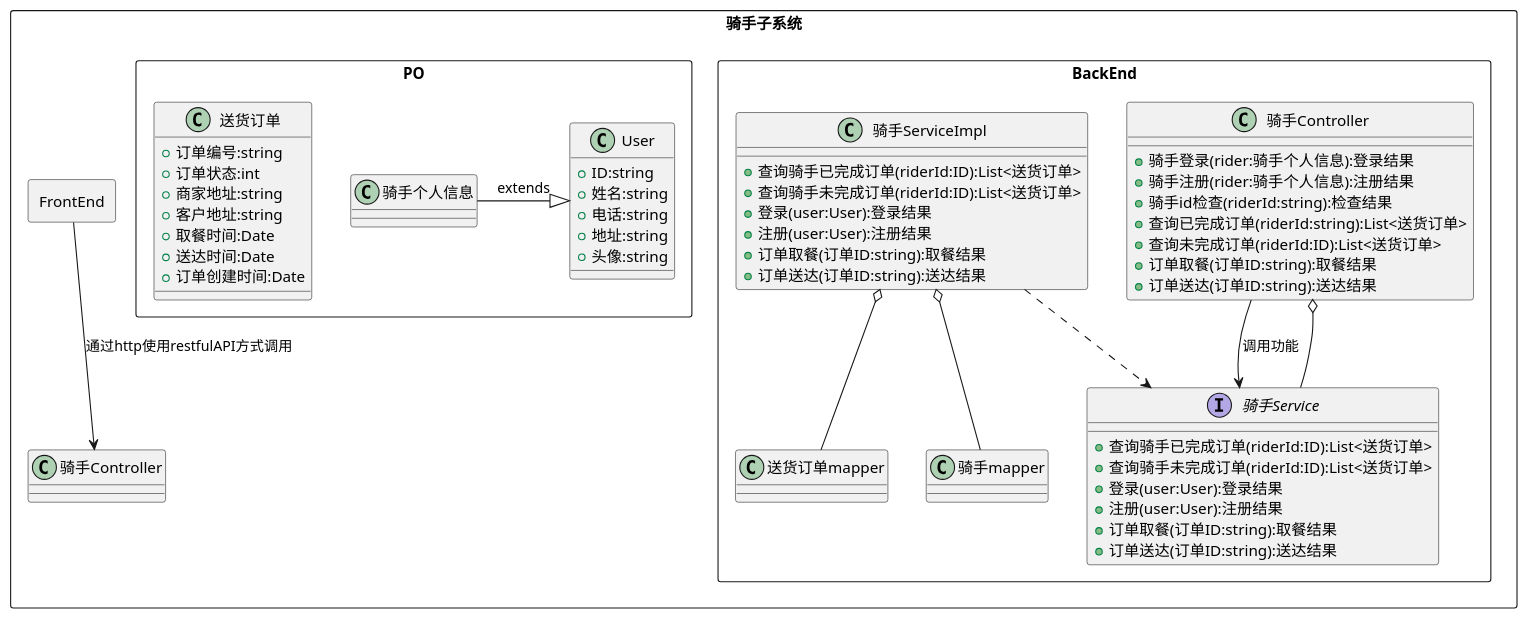
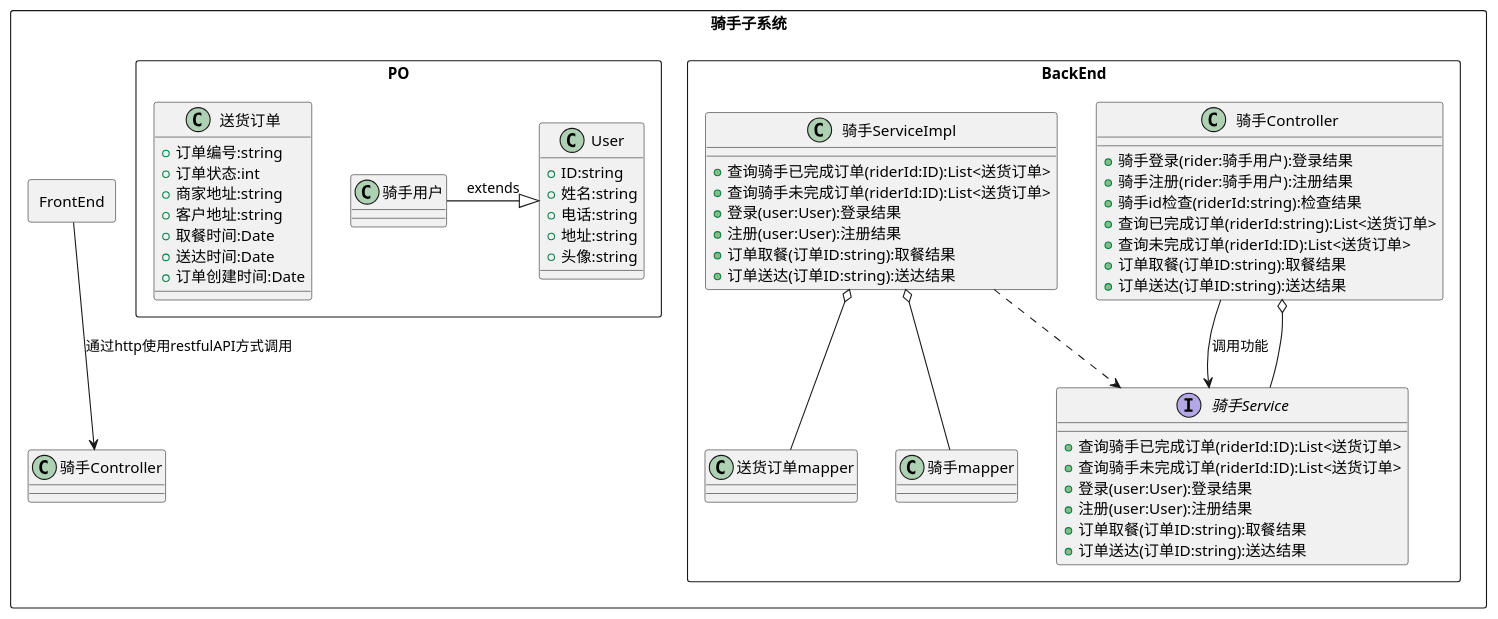
One commit to dawn1206/ruran2UML changed the diagram in src/骑手类图.puml. Above: the diagram before and after it, drawn with PlantUML. The commit also changed 11 other files, not shown here.

```diff
--- a/src/骑手类图.puml
+++ b/src/骑手类图.puml
@@ -1,76 +1,76 @@
 @startuml
 'https://plantuml.com/class-diagram
 
 
 
 
 
 rectangle 骑手子系统{
 rectangle FrontEnd{
 }
 FrontEnd -->骑手Controller:通过http使用restfulAPI方式调用
 
 rectangle BackEnd{
 class 骑手Controller{
-    + 骑手登录(rider:骑手个人信息):登录结果
-    + 骑手注册(rider:骑手个人信息):注册结果
+    + 骑手登录(rider:骑手用户):登录结果
+    + 骑手注册(rider:骑手用户):注册结果
     + 骑手id检查(riderId:string):检查结果
     + 查询已完成订单(riderId:string):List<送货订单>
     + 查询未完成订单(riderId:ID):List<送货订单>
     + 订单取餐(订单ID:string):取餐结果
     + 订单送达(订单ID:string):送达结果
     }
 骑手Controller o-- 骑手Service
 骑手Controller --> 骑手Service:调用功能
 
     class 骑手mapper{
     }
     class 送货订单mapper{
     }
 
 Interface 骑手Service{
     + 查询骑手已完成订单(riderId:ID):List<送货订单>
     + 查询骑手未完成订单(riderId:ID):List<送货订单>
     + 登录(user:User):登录结果
     + 注册(user:User):注册结果
     + 订单取餐(订单ID:string):取餐结果
     + 订单送达(订单ID:string):送达结果
 }
 class 骑手ServiceImpl{
     + 查询骑手已完成订单(riderId:ID):List<送货订单>
     + 查询骑手未完成订单(riderId:ID):List<送货订单>
     + 登录(user:User):登录结果
     + 注册(user:User):注册结果
     + 订单取餐(订单ID:string):取餐结果
     + 订单送达(订单ID:string):送达结果
 }
 骑手ServiceImpl o-- 骑手mapper
 骑手ServiceImpl o-- 送货订单mapper
 }
 骑手ServiceImpl ..>骑手Service
 rectangle PO{
     class 送货订单{
     + 订单编号:string
     + 订单状态:int
     + 商家地址:string
     + 客户地址:string
     + 取餐时间:Date
     + 送达时间:Date
     + 订单创建时间:Date
     }
 
-    class 骑手个人信息{
+    class 骑手用户{
     }
 
         class User{
         + ID:string
         + 姓名:string
         + 电话:string
         + 地址:string
         + 头像:string
         }
-骑手个人信息-|>User:extends
+骑手用户-|>User:extends
 }
 }
 
 @enduml
```
